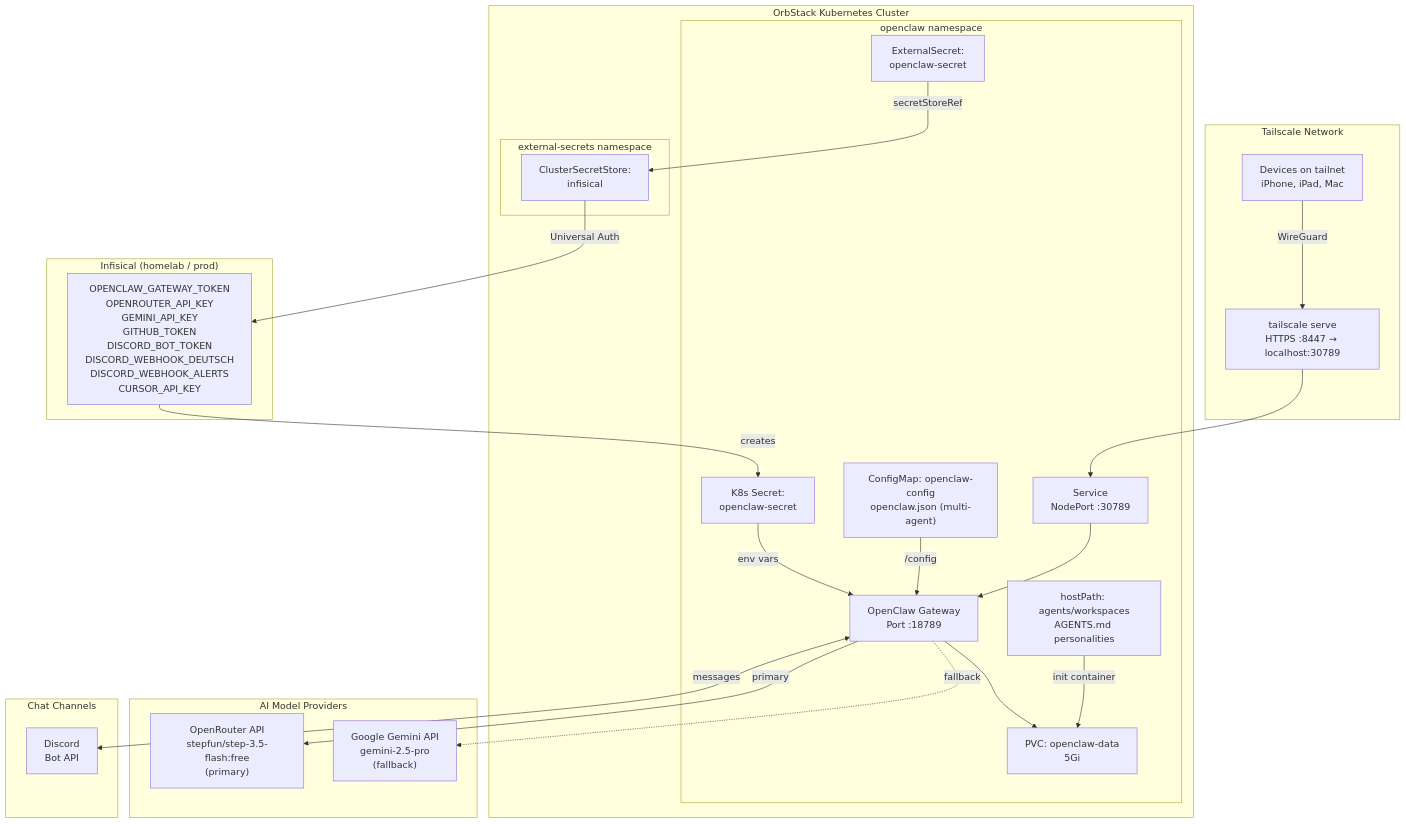
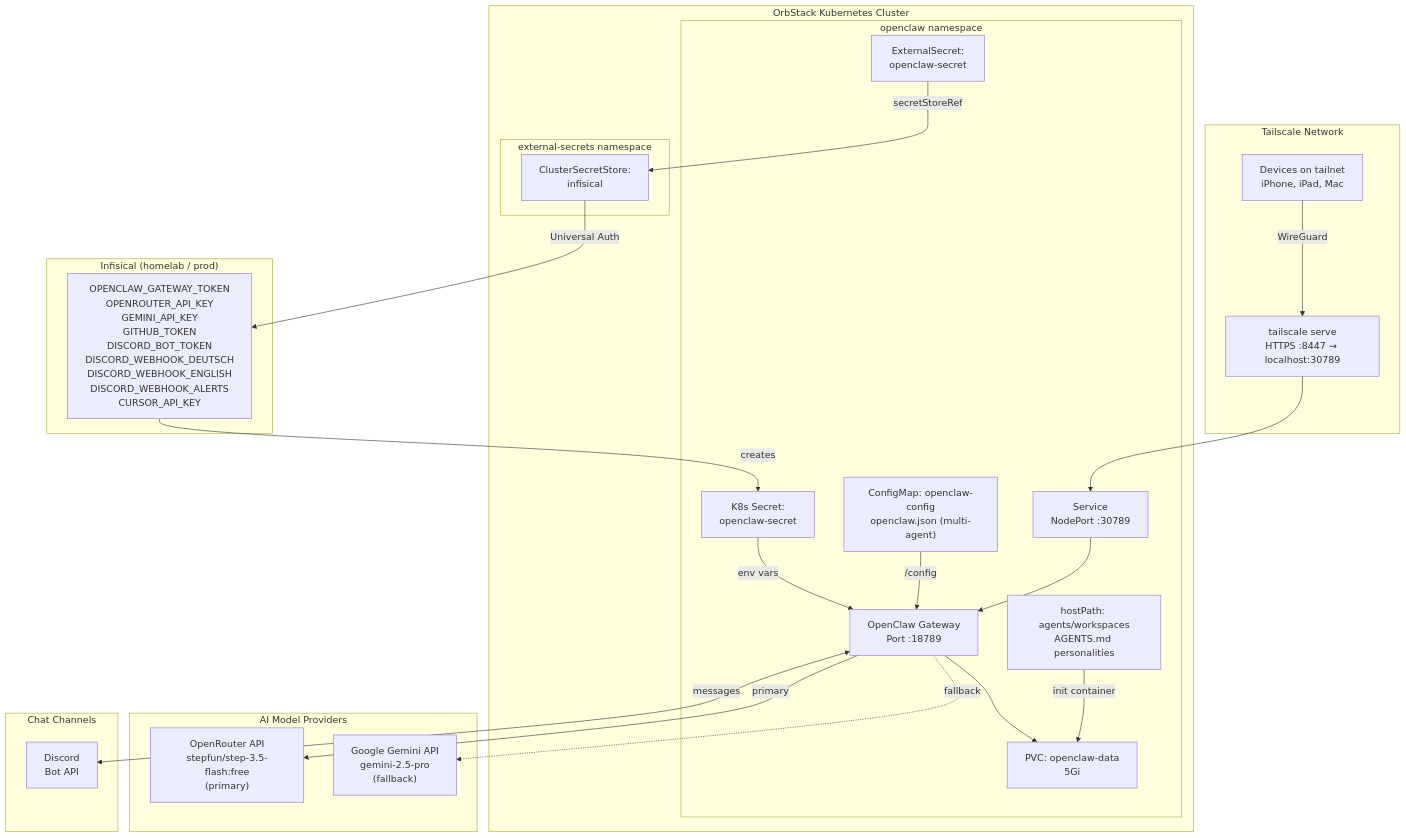
One commit to haingth77/homelab changed the first of 7 diagrams in k8s/apps/openclaw/README.md. Above: the diagram before and after it, drawn with Mermaid. The commit also changed other lines of this file and 17 other files, not shown here.

````diff
--- a/k8s/apps/openclaw/README.md
+++ b/k8s/apps/openclaw/README.md
@@ -7,50 +7,50 @@
 ```mermaid
 flowchart TD
     subgraph tailnet["Tailscale Network"]
         Clients["Devices on tailnet\niPhone, iPad, Mac"]
         TServe["tailscale serve\nHTTPS :8447 → localhost:30789"]
     end
 
     subgraph orb["OrbStack Kubernetes Cluster"]
         subgraph openclawNs["openclaw namespace"]
             Svc["Service\nNodePort :30789"]
             Deploy["OpenClaw Gateway\nPort :18789"]
             CM["ConfigMap: openclaw-config\nopenclaw.json (multi-agent)"]
             WSHP["hostPath: agents/workspaces\nAGENTS.md personalities"]
             PVC["PVC: openclaw-data\n5Gi"]
             ES["ExternalSecret:\nopenclaw-secret"]
             K8sSecret["K8s Secret:\nopenclaw-secret"]
         end
 
         subgraph esoNs["external-secrets namespace"]
             CSS["ClusterSecretStore:\ninfisical"]
         end
     end
 
     subgraph infisical["Infisical (homelab / prod)"]
-        InfisicalSecrets["OPENCLAW_GATEWAY_TOKEN\nOPENROUTER_API_KEY\nGEMINI_API_KEY\nGITHUB_TOKEN\nDISCORD_BOT_TOKEN\nDISCORD_WEBHOOK_DEUTSCH\nDISCORD_WEBHOOK_ALERTS\nCURSOR_API_KEY"]
+        InfisicalSecrets["OPENCLAW_GATEWAY_TOKEN\nOPENROUTER_API_KEY\nGEMINI_API_KEY\nGITHUB_TOKEN\nDISCORD_BOT_TOKEN\nDISCORD_WEBHOOK_DEUTSCH\nDISCORD_WEBHOOK_ENGLISH\nDISCORD_WEBHOOK_ALERTS\nCURSOR_API_KEY"]
     end
 
     subgraph providers["AI Model Providers"]
         OpenRouter["OpenRouter API\nstepfun/step-3.5-flash:free\n(primary)"]
         Gemini["Google Gemini API\ngemini-2.5-pro\n(fallback)"]
     end
 
     subgraph chatChannels["Chat Channels"]
         Discord["Discord\nBot API"]
     end
 
     Clients -- "WireGuard" --> TServe
     TServe --> Svc
     Svc --> Deploy
     CM -- "/config" --> Deploy
             WSHP -- "init container" --> PVC
     Deploy --> PVC
     ES -- "secretStoreRef" --> CSS
     CSS -- "Universal Auth" --> InfisicalSecrets
     InfisicalSecrets -- "creates" --> K8sSecret
     K8sSecret -- "env vars" --> Deploy
     Deploy -- "primary" --> OpenRouter
     Deploy -. "fallback" .-> Gemini
     Deploy <-- "messages" --> Discord
 ```
````
